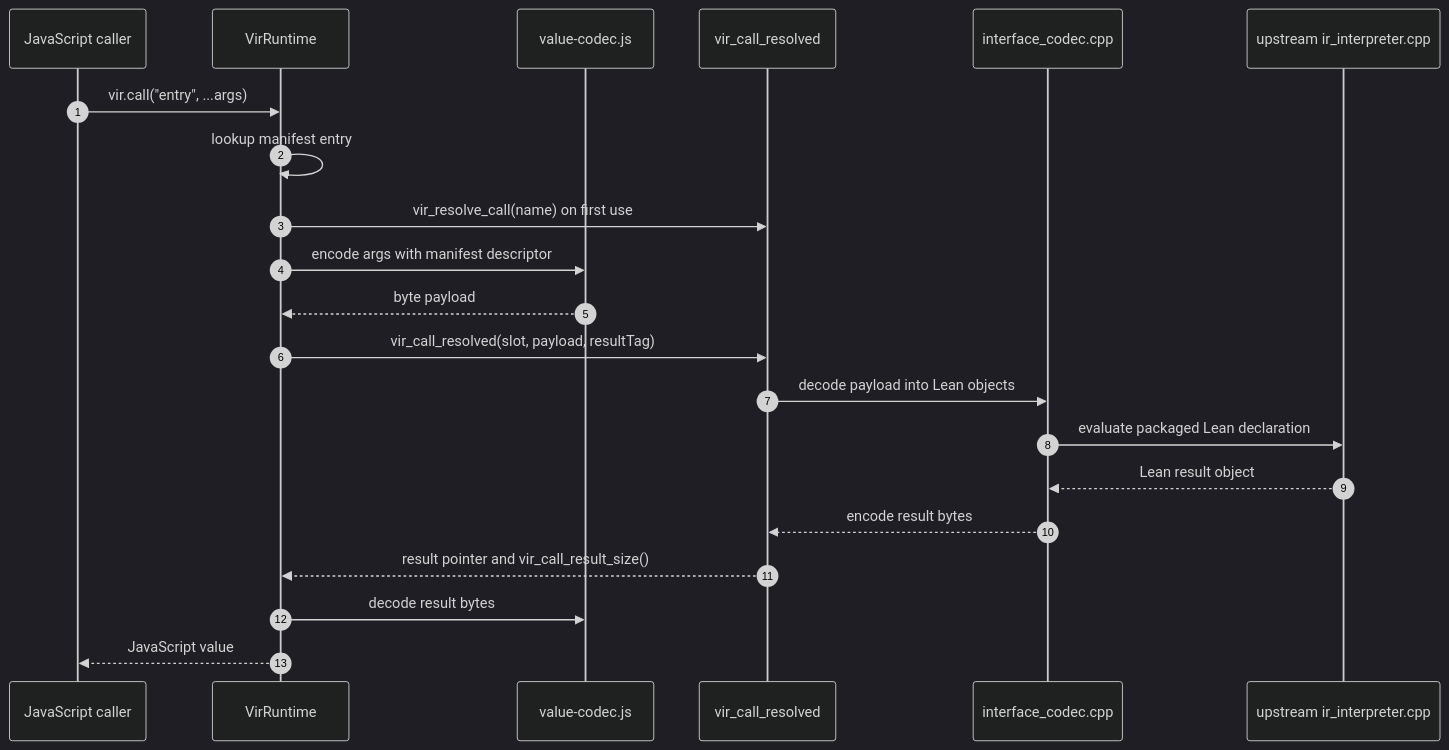
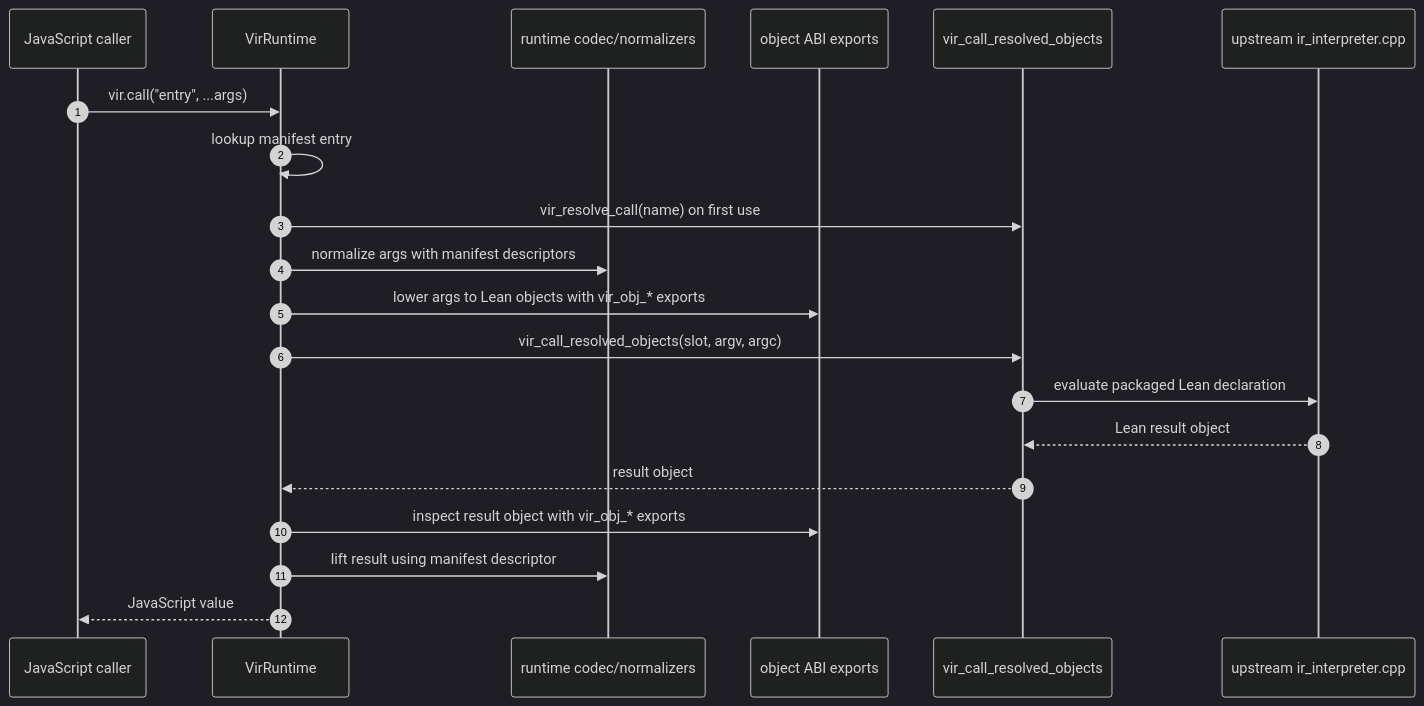
One commit to ejgallego/lean-vir changed the first of 5 diagrams in docs/DEVELOPER_GUIDE.md. Above: the diagram before and after it, drawn with Mermaid (dark theme). The commit also changed other lines of this file and 10 other files, not shown here.

````diff
--- a/docs/DEVELOPER_GUIDE.md
+++ b/docs/DEVELOPER_GUIDE.md
@@ -59,24 +62,23 @@
 ```mermaid
 sequenceDiagram
     autonumber
     participant JS as JavaScript caller
     participant RT as VirRuntime
-    participant Codec as value-codec.js
-    participant Wasm as vir_call_resolved
-    participant Cpp as interface_codec.cpp
+    participant Codec as runtime codec/normalizers
+    participant Obj as object ABI exports
+    participant Wasm as vir_call_resolved_objects
     participant IR as upstream ir_interpreter.cpp
 
     JS->>RT: vir.call("entry", ...args)
     RT->>RT: lookup manifest entry
     RT->>Wasm: vir_resolve_call(name) on first use
-    RT->>Codec: encode args with manifest descriptor
-    Codec-->>RT: byte payload
-    RT->>Wasm: vir_call_resolved(slot, payload, resultTag)
-    Wasm->>Cpp: decode payload into Lean objects
-    Cpp->>IR: evaluate packaged Lean declaration
-    IR-->>Cpp: Lean result object
-    Cpp-->>Wasm: encode result bytes
-    Wasm-->>RT: result pointer and vir_call_result_size()
-    RT->>Codec: decode result bytes
+    RT->>Codec: normalize args with manifest descriptors
+    RT->>Obj: lower args to Lean objects with vir_obj_* exports
+    RT->>Wasm: vir_call_resolved_objects(slot, argv, argc)
+    Wasm->>IR: evaluate packaged Lean declaration
+    IR-->>Wasm: Lean result object
+    Wasm-->>RT: result object
+    RT->>Obj: inspect result object with vir_obj_* exports
+    RT->>Codec: lift result using manifest descriptor
     RT-->>JS: JavaScript value
 ```
````
